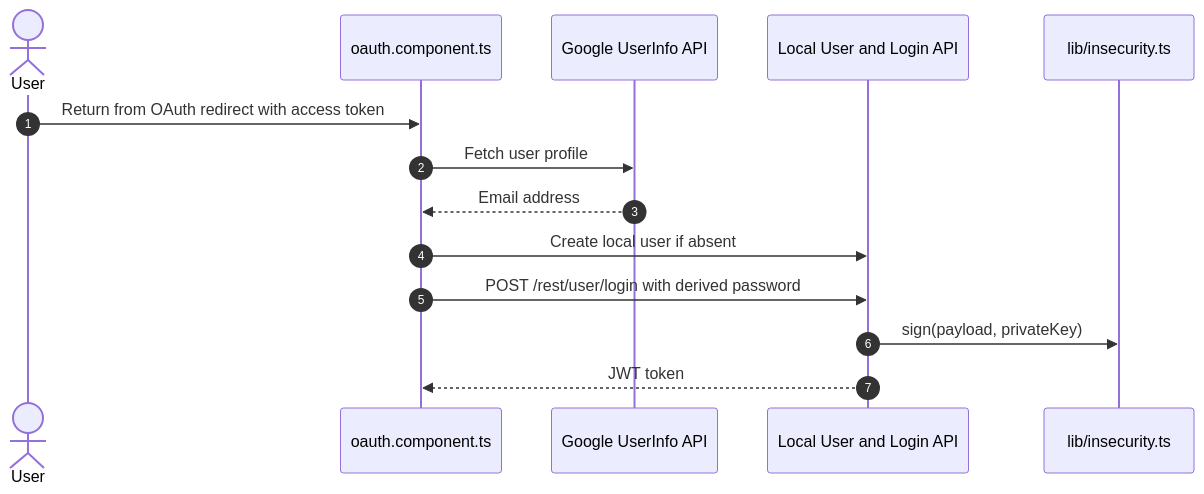
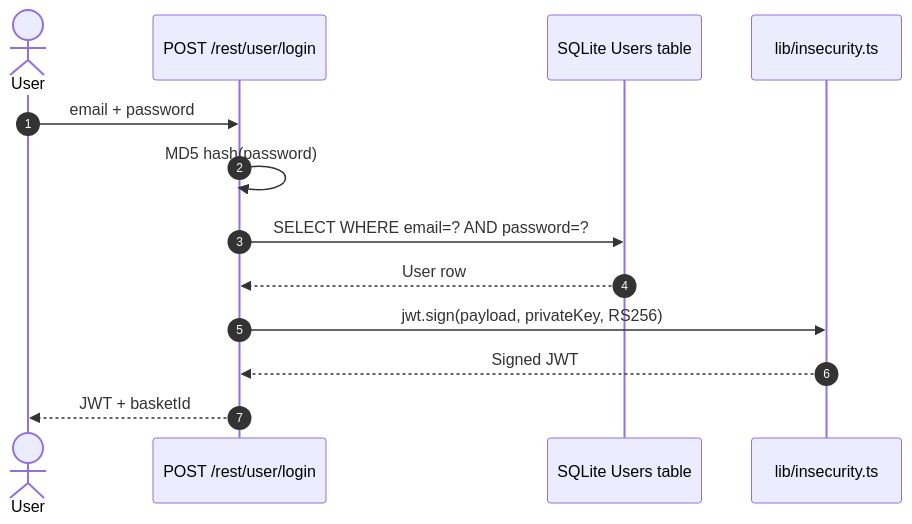
Before and after one commit to appsec-foundry/appsec-advisor-examples: the tenth of 14 diagrams in threat-modeler/threat-model-juice-shop-thorough-v0.6.0b4.md, drawn with Mermaid. The commit also changed other lines of this file and 11 other files, not shown here.

````diff
--- a/threat-modeler/threat-model-juice-shop-thorough-v0.6.0b4.md
+++ b/threat-modeler/threat-model-juice-shop-thorough-v0.6.0b4.md
@@ -975,17 +916,16 @@
 ```mermaid
 sequenceDiagram
     autonumber
     actor User
-    participant SPA as oauth.component.ts
-    participant Google as Google UserInfo API
-    participant API as Local User and Login API
+    participant API as POST /rest/user/login
+    participant DB as SQLite Users table
     participant JWT as lib/insecurity.ts
 
-    User->>SPA: Return from OAuth redirect with access token
-    SPA->>Google: Fetch user profile
-    Google-->>SPA: Email address
-    SPA->>API: Create local user if absent
-    SPA->>API: POST /rest/user/login with derived password
-    API->>JWT: sign(payload, privateKey)
-    API-->>SPA: JWT token
+    User->>API: email + password
+    API->>API: MD5 hash(password)
+    API->>DB: SELECT WHERE email=? AND password=?
+    DB-->>API: User row
+    API->>JWT: jwt.sign(payload, privateKey, RS256)
+    JWT-->>API: Signed JWT
+    API-->>User: JWT + basketId
 ```
````
